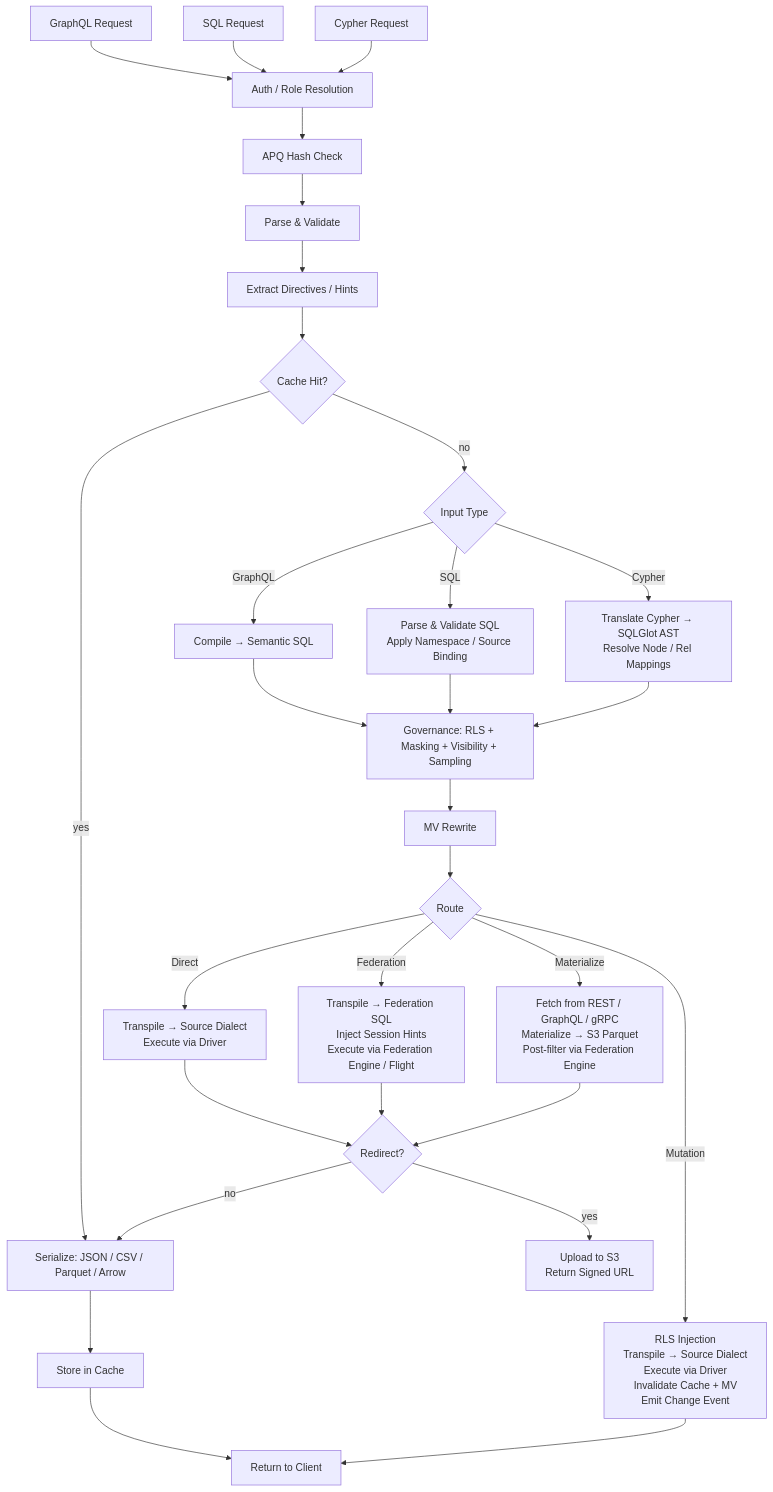
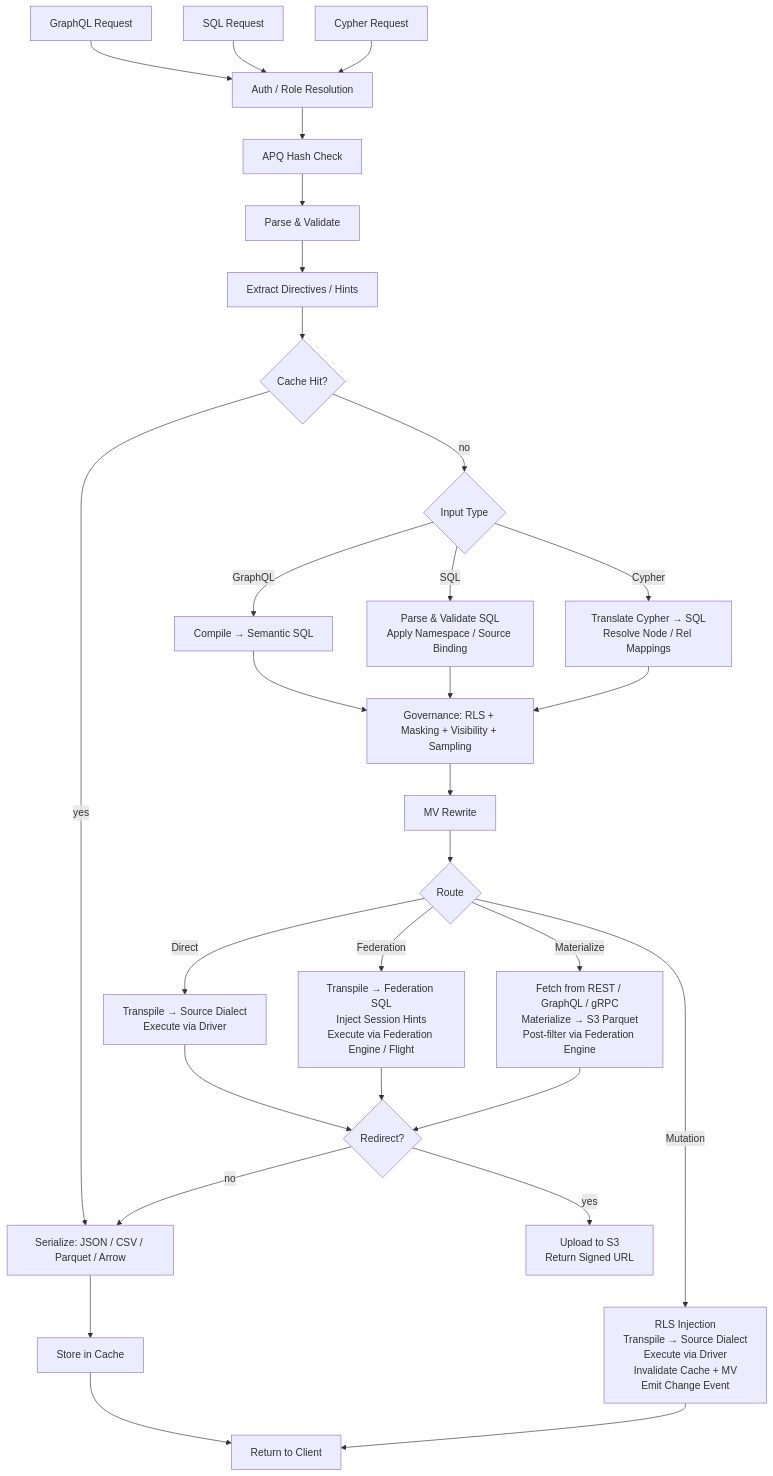
Before and after one commit to kenstott/provisa: the diagram in docs/architecture.md, drawn with Mermaid. The commit also changed other lines of this file and 83 other files, not shown here.

````diff
--- a/docs/architecture.md
+++ b/docs/architecture.md
@@ -93,32 +93,32 @@
 ```mermaid
 flowchart TD
     A[GraphQL Request] --> B[Auth / Role Resolution]
     A2[SQL Request] --> B
     A3[Cypher Request] --> B
     B --> E[APQ Hash Check]
     E --> F[Parse & Validate]
     F --> G[Extract Directives / Hints]
     G --> H{Cache Hit?}
     H -- yes --> R
     H -- no --> I{Input Type}
     I -- GraphQL --> I1[Compile → Semantic SQL]
     I -- SQL --> I2[Parse & Validate SQL\nApply Namespace / Source Binding]
-    I -- Cypher --> I3[Translate Cypher → SQLGlot AST\nResolve Node / Rel Mappings]
+    I -- Cypher --> I3[Translate Cypher → SQL\nResolve Node / Rel Mappings]
     I1 --> J[Governance: RLS + Masking + Visibility + Sampling]
     I2 --> J
     I3 --> J
     J --> K[MV Rewrite]
     K --> L{Route}
     L -- Direct --> M[Transpile → Source Dialect\nExecute via Driver]
     L -- Federation --> N[Transpile → Federation SQL\nInject Session Hints\nExecute via Federation Engine / Flight]
     L -- Materialize --> O[Fetch from REST / GraphQL / gRPC\nMaterialize → S3 Parquet\nPost-filter via Federation Engine]
     L -- Mutation --> P[RLS Injection\nTranspile → Source Dialect\nExecute via Driver\nInvalidate Cache + MV\nEmit Change Event]
     M --> Q{Redirect?}
     N --> Q
     O --> Q
     Q -- yes --> S[Upload to S3\nReturn Signed URL]
     Q -- no --> R[Serialize: JSON / CSV / Parquet / Arrow]
     R --> T[Store in Cache]
     T --> U[Return to Client]
     P --> U
 ```
````
